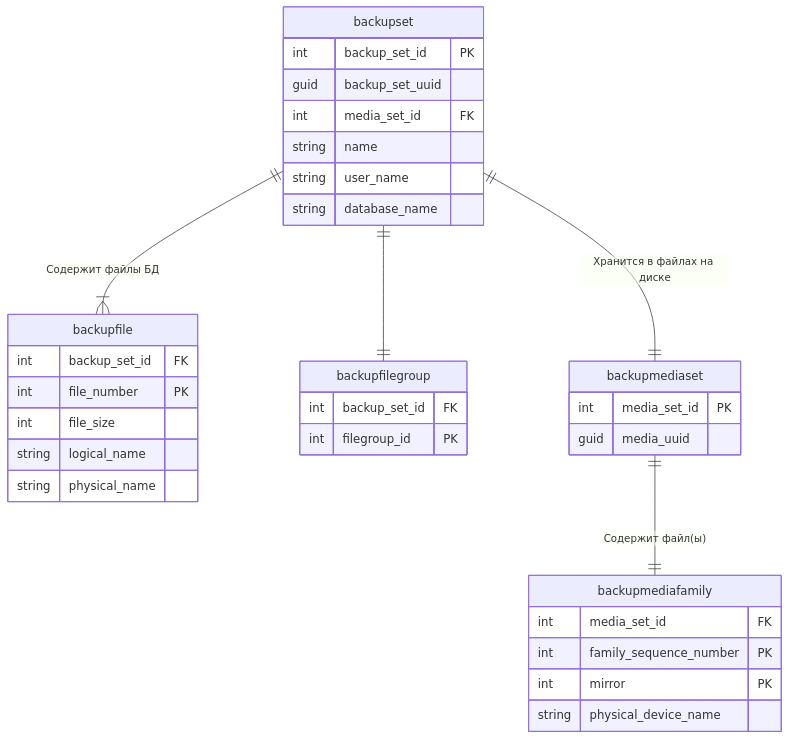
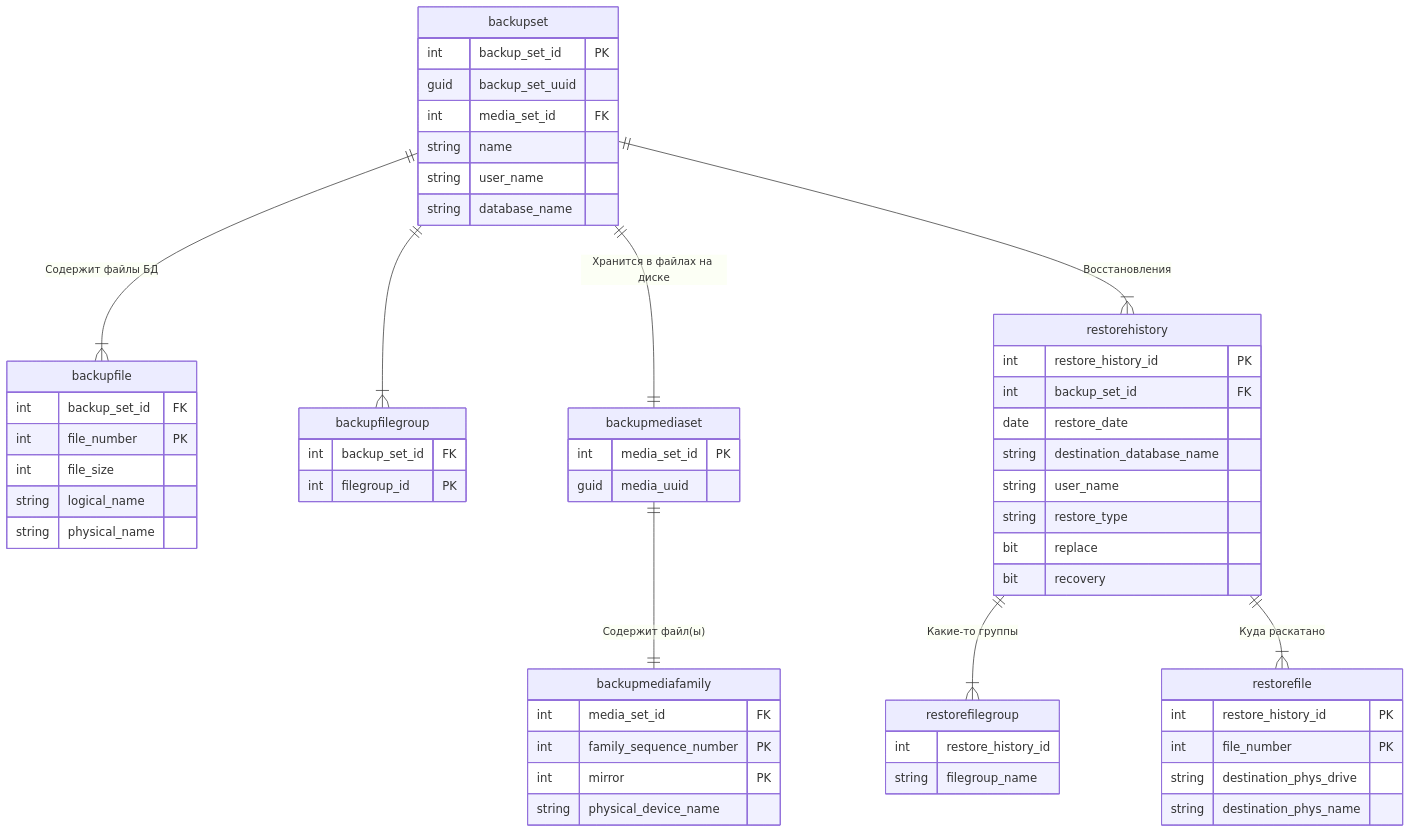
Before and after one commit to ukoloff/posh-sandbox: the diagram in mssql/replicate.bak/readme.md, drawn with Mermaid.

Commit message:
Add restore log tables

````diff
--- a/mssql/replicate.bak/readme.md
+++ b/mssql/replicate.bak/readme.md
@@ -9,36 +9,59 @@
 ```mermaid
 erDiagram
 backupfile {
   int backup_set_id FK
   int file_number PK
   int file_size
   string logical_name
   string physical_name
 }
 backupfilegroup {
   int backup_set_id FK
   int filegroup_id PK
 }
 backupset {
   int backup_set_id PK
   guid backup_set_uuid
   int media_set_id FK
   string name
   string user_name
   string database_name
 }
 backupmediaset {
   int media_set_id PK
   guid media_uuid
 }
 backupmediafamily {
   int media_set_id FK
   int family_sequence_number PK
   int mirror PK
   string physical_device_name
 }
-backupset ||--|| backupfilegroup : ""
+restorehistory {
+  int restore_history_id PK
+  int backup_set_id FK
+  date restore_date
+  string destination_database_name
+  string user_name
+  string restore_type
+  bit replace
+  bit recovery
+}
+restorefilegroup {
+  int restore_history_id
+  string filegroup_name
+}
+restorefile {
+  int restore_history_id PK
+  int file_number PK
+  string destination_phys_drive
+  string destination_phys_name
+}
+backupset ||--|{ backupfilegroup : ""
 backupset ||--|{ backupfile : "Содержит файлы БД"
 backupset ||--|| backupmediaset : "Хранится в файлах на диске"
 backupmediaset ||--|| backupmediafamily : "Содержит файл(ы)"
+backupset ||--|{ restorehistory : "Восстановления"
+restorehistory ||--|{ restorefilegroup : "Какие-то группы"
+restorehistory ||--|{ restorefile : "Куда раскатано"
 ```
````
